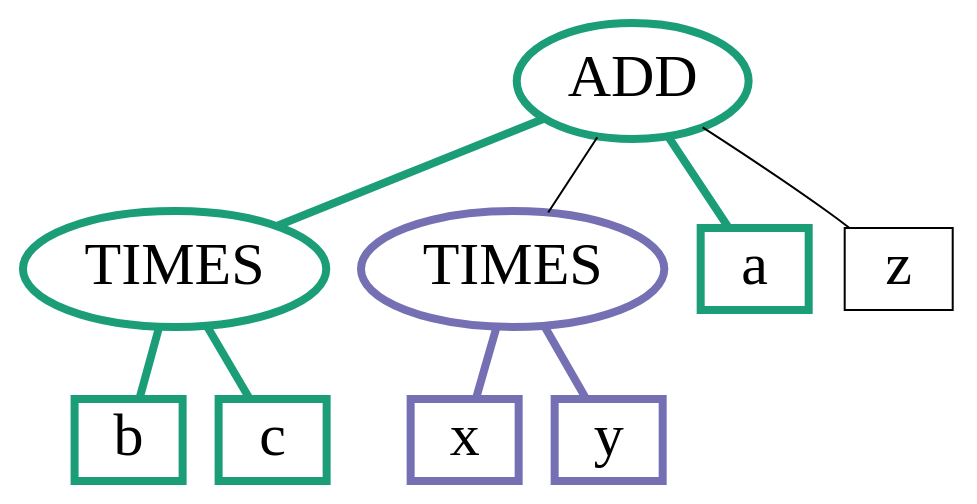
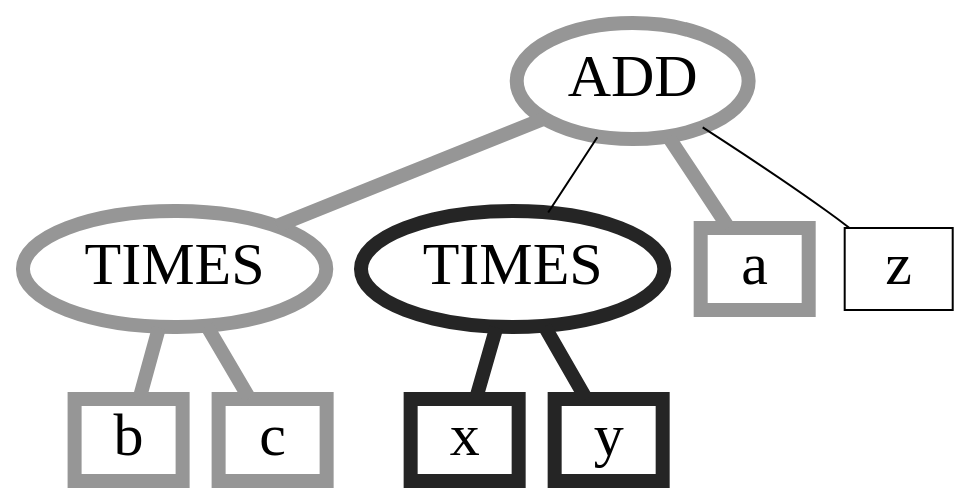
One commit to t-k-/overleaf-ecir2020 changed the diagram in fig/tree3.dot. Above: the diagram before and after it, drawn with Graphviz. The commit also changed 9 other files, not shown here.

```diff
--- a/fig/tree3.dot
+++ b/fig/tree3.dot
@@ -1,25 +1,25 @@
 graph TREE {
 	node [fontname="Times", fontsize=30]
-    n1 [label="ADD", penwidth=4, color="/dark23/1"]
-    n2 [label="TIMES", penwidth=4, color="/dark23/1"]
-    n3 [label="TIMES", penwidth=4, color="/dark23/3"]
+    n1 [label="ADD", penwidth=7, color="/greys6/4"]
+    n2 [label="TIMES", penwidth=7, color="/greys6/4"]
+    n3 [label="TIMES", penwidth=7, color="/greys6/6"]
 
 	node [shape=box]
-    l1 [label="a", penwidth=4, color="/dark23/1"]
-    l2 [label="b", penwidth=4, color="/dark23/1"]
-    l3 [label="c", penwidth=4, color="/dark23/1"]
-    l4 [label="x", penwidth=4, color="/dark23/3"]
-    l5 [label="y", penwidth=4, color="/dark23/3"]
+    l1 [label="a", penwidth=7, color="/greys6/4"]
+    l2 [label="b", penwidth=7, color="/greys6/4"]
+    l3 [label="c", penwidth=7, color="/greys6/4"]
+    l4 [label="x", penwidth=7, color="/greys6/6"]
+    l5 [label="y", penwidth=7, color="/greys6/6"]
     l6 [label="z"]
 
-	n1 -- n2 [penwidth=4, color="/dark23/1"]
+	n1 -- n2 [penwidth=7, color="/greys6/4"]
 	n1 -- n3 
 
-	n1 -- l1 [penwidth=4, color="/dark23/1"]
-	n2 -- l2 [penwidth=4, color="/dark23/1"]
-	n2 -- l3 [penwidth=4, color="/dark23/1"]
-	n3 -- l4 [penwidth=4, color="/dark23/3"]
-	n3 -- l5 [penwidth=4, color="/dark23/3"]
+	n1 -- l1 [penwidth=7, color="/greys6/4"]
+	n2 -- l2 [penwidth=7, color="/greys6/4"]
+	n2 -- l3 [penwidth=7, color="/greys6/4"]
+	n3 -- l4 [penwidth=7, color="/greys6/6"]
+	n3 -- l5 [penwidth=7, color="/greys6/6"]
 
 	n1 -- l6
 }
```
